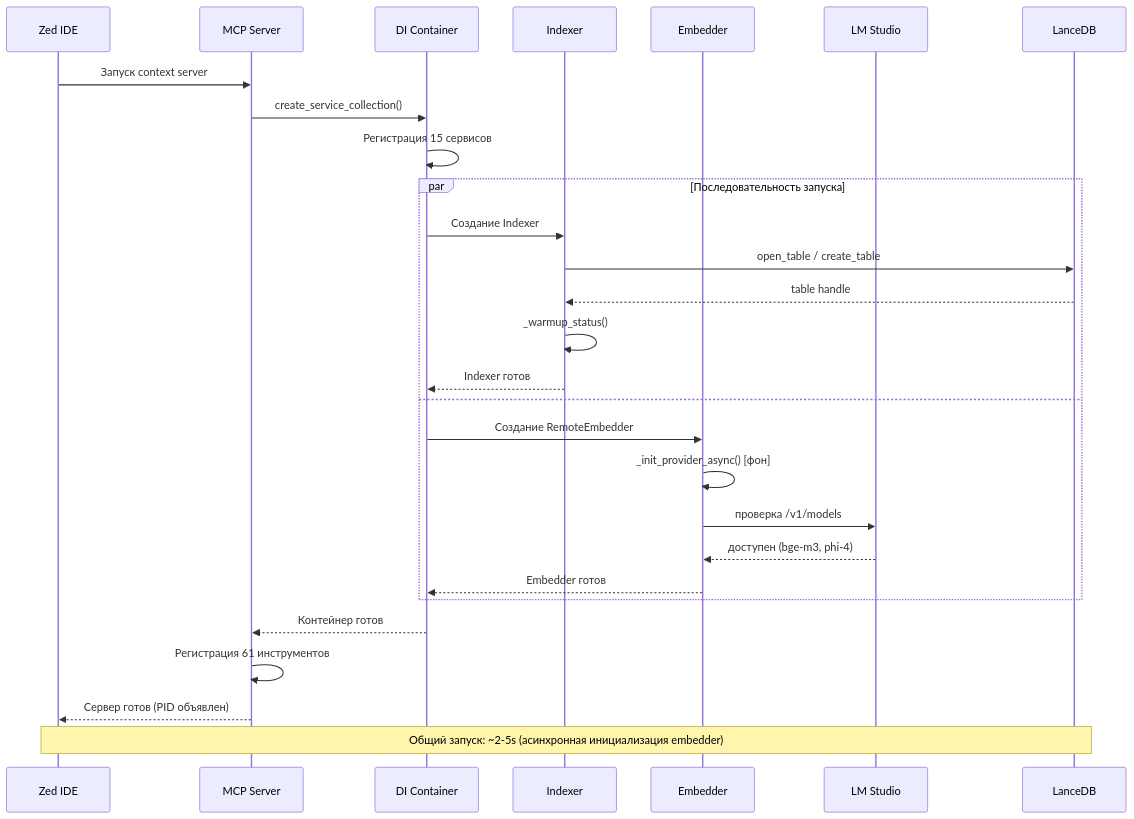
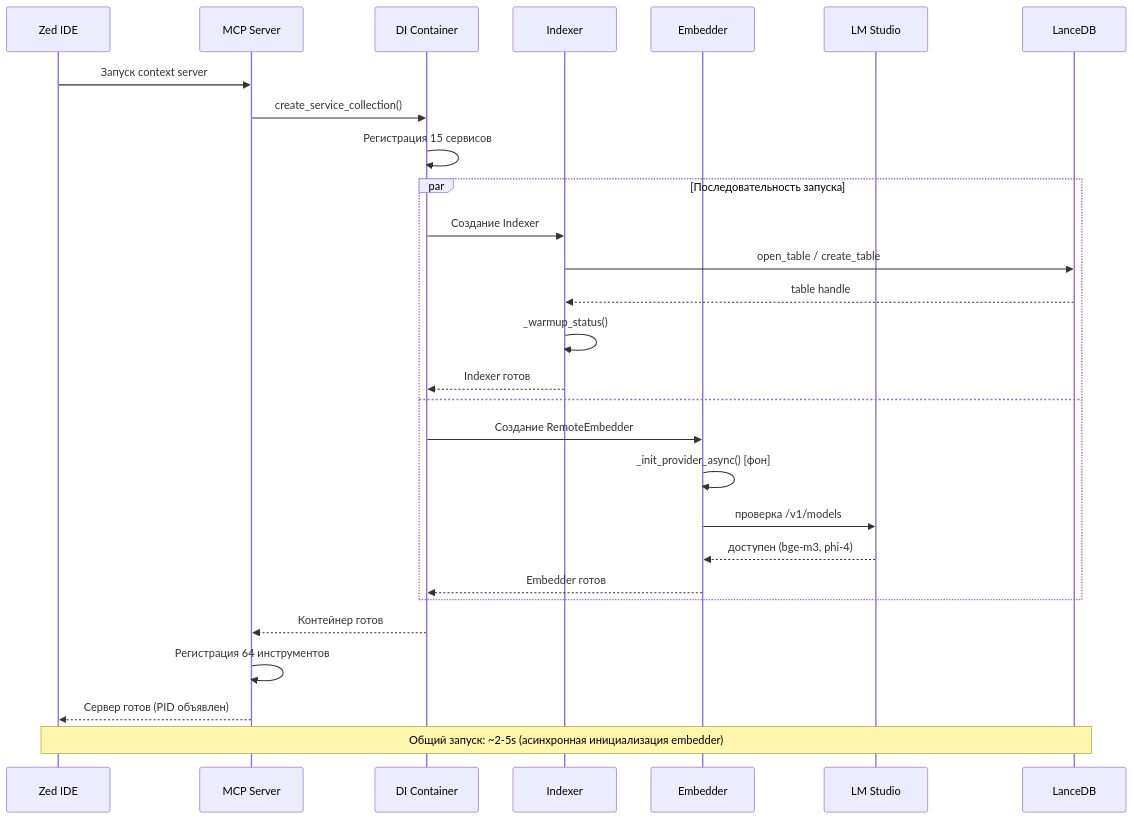
Before and after one commit to ManSio/mscodebase-intelligence: the fifth of 8 diagrams in docs/ru/ARCHITECTURE_DEEP.md, drawn with Mermaid. The commit also changed other lines of this file and 19 other files, not shown here.

First line of the commit message:
docs: rewrite README and architecture/search guides for Phase 3

````diff
--- a/docs/ru/ARCHITECTURE_DEEP.md
+++ b/docs/ru/ARCHITECTURE_DEEP.md
@@ -179,34 +183,34 @@
 ```mermaid
 sequenceDiagram
     participant Zed as Zed IDE
     participant MCP as MCP Server
     participant DI as DI Container
     participant IX as Indexer
     participant EM as Embedder
     participant LM as LM Studio
     participant DB as LanceDB
 
     Zed->>MCP: Запуск context server
     MCP->>DI: create_service_collection()
     DI->>DI: Регистрация 15 сервисов
     
     par Последовательность запуска
         DI->>IX: Создание Indexer
         IX->>DB: open_table / create_table
         DB-->>IX: table handle
         IX->>IX: _warmup_status()
         IX-->>DI: Indexer готов
     and
         DI->>EM: Создание RemoteEmbedder
         EM->>EM: _init_provider_async() [фон]
         EM->>LM: проверка /v1/models
         LM-->>EM: доступен (bge-m3, phi-4)
         EM-->>DI: Embedder готов
     end
     
     DI-->>MCP: Контейнер готов
-    MCP->>MCP: Регистрация 61 инструментов
+    MCP->>MCP: Регистрация 64 инструментов
     MCP-->>Zed: Сервер готов (PID объявлен)
     
     Note over Zed,DB: Общий запуск: ~2-5s (асинхронная инициализация embedder)
 ```
````
